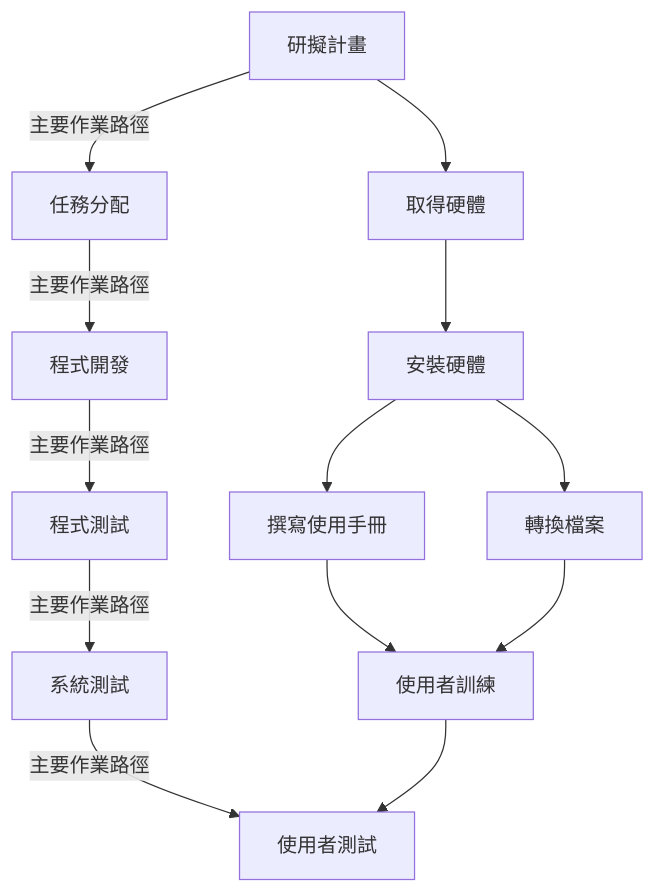
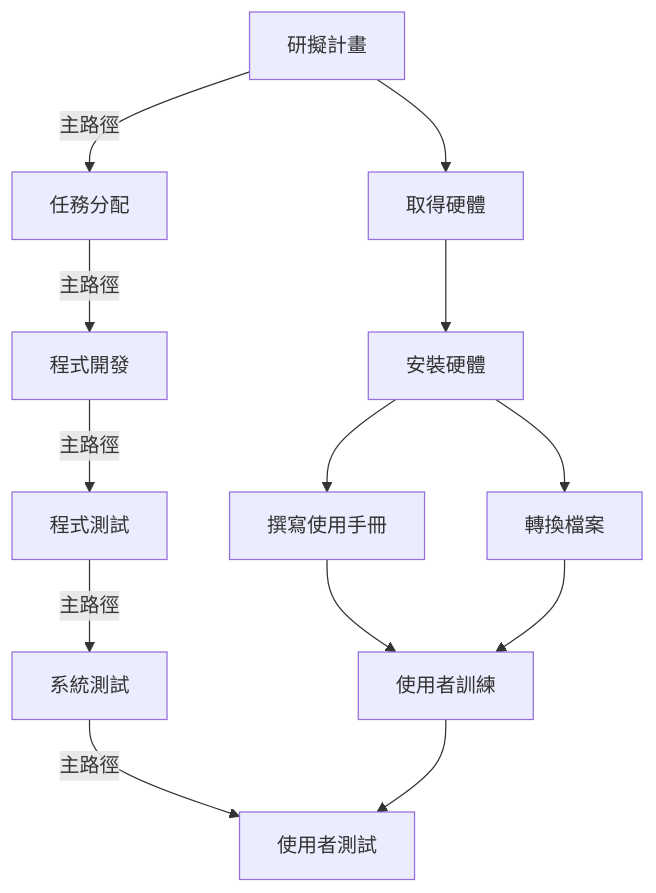
The third of 3 diagrams in hw2.md (C112118117/Markdown-), drawn with Mermaid before and after one commit.

````diff
--- a/hw2.md
+++ b/hw2.md
@@ -44,16 +44,16 @@
 ```mermaid
 flowchart TD
- a1[研擬計畫] -- 主要作業路徑 --> a2[任務分配]
+ a1[研擬計畫] -- 主路徑 --> a2[任務分配]
     a1 --> a3[取得硬體]
-    a2 -- 主要作業路徑 --> a4[程式開發]
+    a2 -- 主路徑 --> a4[程式開發]
     a3 --> a5[安裝硬體]
-    a4 -- 主要作業路徑 --> a6[程式測試]
+    a4 -- 主路徑 --> a6[程式測試]
     a5 --> a7[撰寫使用手冊]
     a5 --> a8[轉換檔案]
-    a6 -- 主要作業路徑 --> a9[系統測試]
+    a6 -- 主路徑 --> a9[系統測試]
     a7 --> a10[使用者訓練]
     a8 --> a10
-    a9 -- 主要作業路徑 --> a11[使用者測試]
+    a9 -- 主路徑 --> a11[使用者測試]
     a10 --> a11
 
 ```
````
